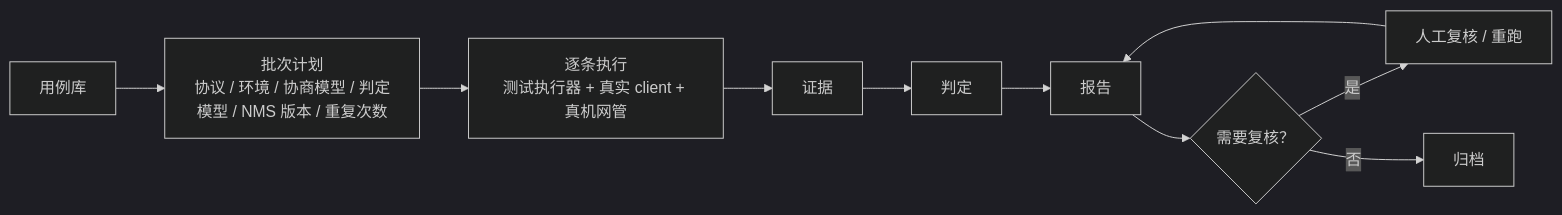
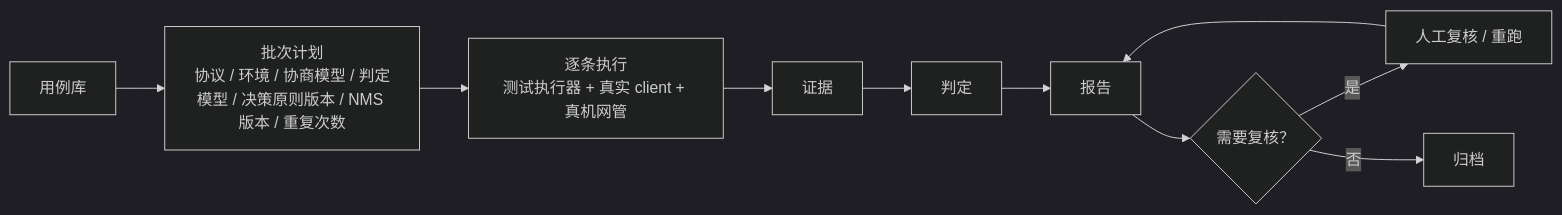
The ninth of 11 diagrams in a2a-t-sample/ran-energy-saving/TESTER-ARCHITECTURE.md (project-openan/a2a-t-sdk-python), drawn with Mermaid (dark theme) before and after one commit. The commit also changed other lines of this file, not shown here.

````diff
--- a/a2a-t-sample/ran-energy-saving/TESTER-ARCHITECTURE.md
+++ b/a2a-t-sample/ran-energy-saving/TESTER-ARCHITECTURE.md
@@ -360,12 +378,12 @@
 ```mermaid
 flowchart LR
-  C["用例库"] --> B["批次计划<br/>协议 / 环境 / 协商模型 / 判定模型 / NMS 版本 / 重复次数"]
+  C["用例库"] --> B["批次计划<br/>协议 / 环境 / 协商模型 / 判定模型 / 决策原则版本 / NMS 版本 / 重复次数"]
   B --> R["逐条执行<br/>测试执行器 + 真实 client + 真机网管"]
   R --> E["证据"]
   E --> J["判定"]
   J --> P["报告"]
   P --> V{"需要复核？"}
   V -- 是 --> H["人工复核 / 重跑"]
   V -- 否 --> Z["归档"]
   H --> P
 ```
````
